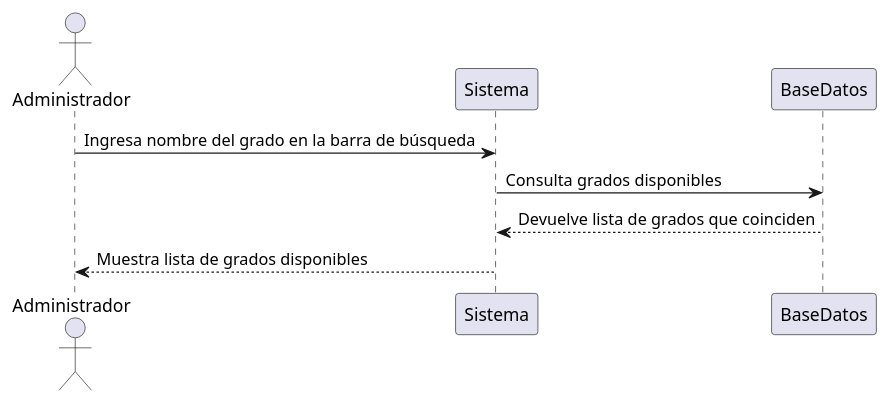
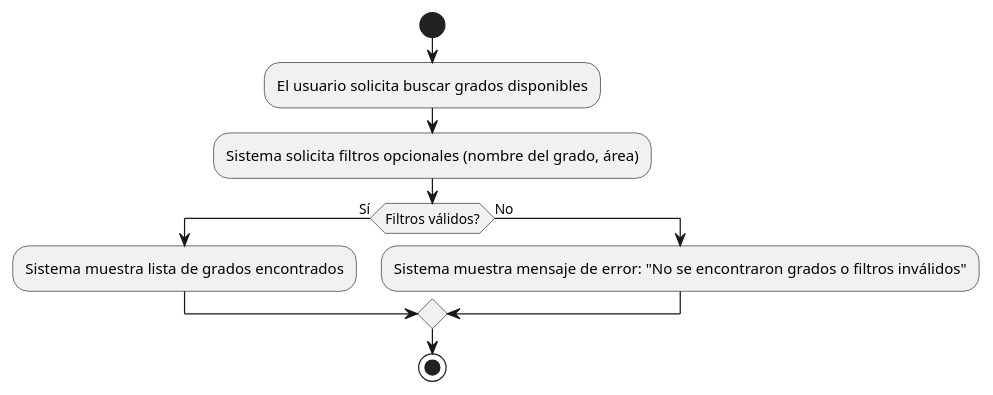
One commit to mmasias/24-25-IdSw1-SDR changed the diagram in casosDeUso/plantUML/BuscarGrado.puml. Above: the diagram before and after it, drawn with PlantUML.

```diff
--- a/casosDeUso/plantUML/BuscarGrado.puml
+++ b/casosDeUso/plantUML/BuscarGrado.puml
@@ -1,8 +1,11 @@
 @startuml
-actor Administrador as A
-
-A -> Sistema : Ingresa nombre del grado en la barra de búsqueda
-Sistema -> BaseDatos : Consulta grados disponibles
-BaseDatos --> Sistema : Devuelve lista de grados que coinciden
-Sistema --> A : Muestra lista de grados disponibles
+start
+:El usuario solicita buscar grados disponibles;
+:Sistema solicita filtros opcionales (nombre del grado, área);
+if (Filtros válidos?) then (Sí)
+  :Sistema muestra lista de grados encontrados;
+else (No)
+  :Sistema muestra mensaje de error: "No se encontraron grados o filtros inválidos";
+endif
+stop
 @enduml
```
